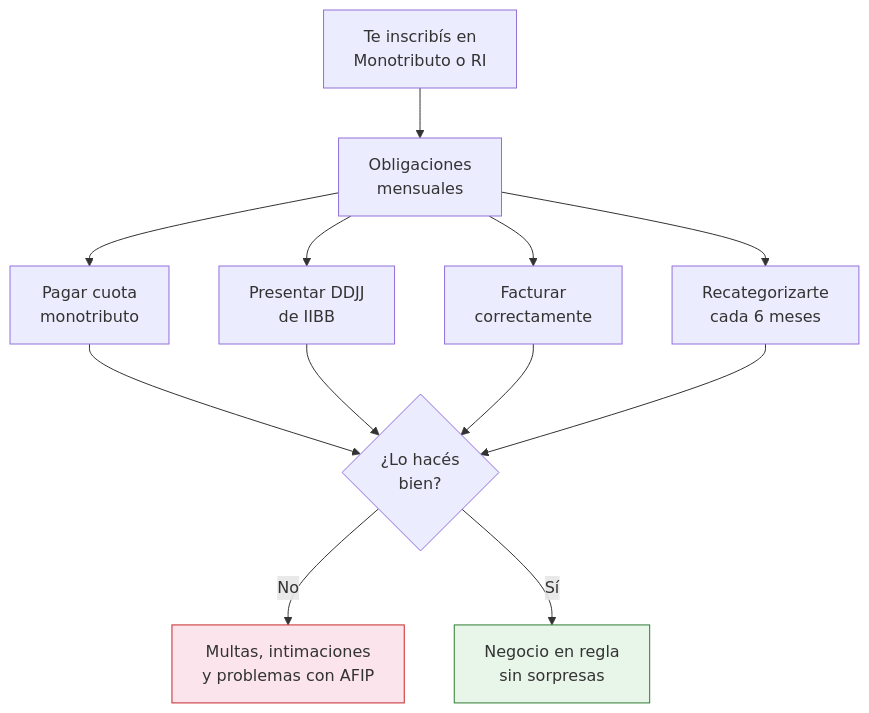
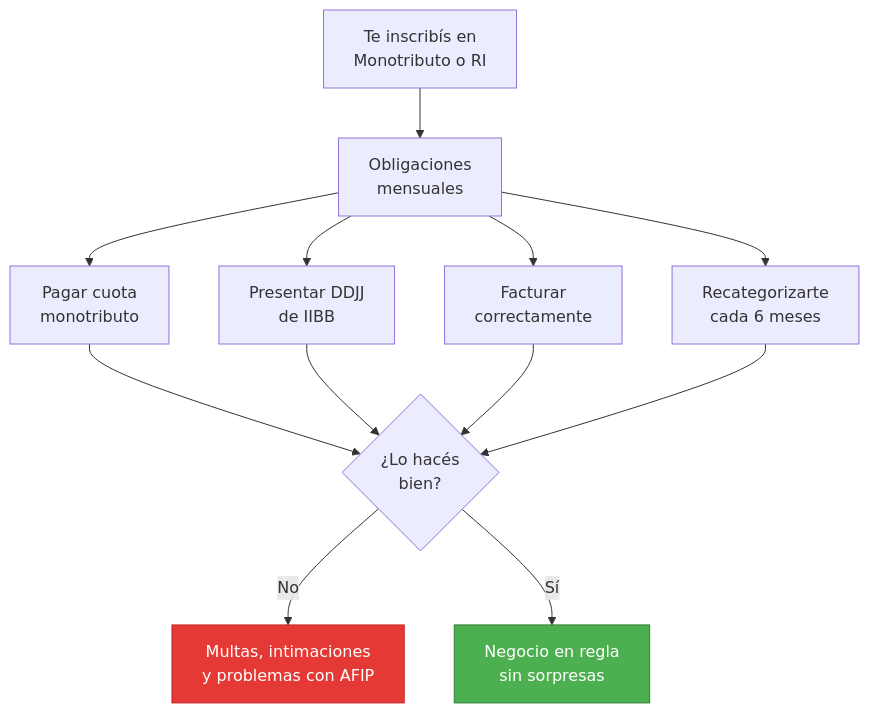
Before and after one commit to barrosignacioezequiel-coder/docs: the diagram in app/paso1-argentina/empezar-de-cero/contador-contabilidad.mdx, drawn with Mermaid. The commit also changed 66 other files, not shown here.

First line of the commit message:
fix: resolve Mermaid v11 numbered list errors + improve contrast

````diff
--- a/app/paso1-argentina/empezar-de-cero/contador-contabilidad.mdx
+++ b/app/paso1-argentina/empezar-de-cero/contador-contabilidad.mdx
@@ -15,19 +15,19 @@
 ```mermaid
 graph TD
     A["Te inscribís en<br/>Monotributo o RI"] --> B["Obligaciones<br/>mensuales"]
     B --> C["Pagar cuota<br/>monotributo"]
     B --> D["Presentar DDJJ<br/>de IIBB"]
     B --> E["Facturar<br/>correctamente"]
     B --> F["Recategorizarte<br/>cada 6 meses"]
 
     C --> G{"¿Lo hacés<br/>bien?"}
     D --> G
     E --> G
     F --> G
 
     G -->|No| H["Multas, intimaciones<br/>y problemas con AFIP"]
     G -->|Sí| I["Negocio en regla<br/>sin sorpresas"]
 
-    style H fill:#fce4ec,stroke:#c62828
-    style I fill:#e8f5e9,stroke:#2e7d32
+    style H fill:#e53935,stroke:#c62828,color:#fff
+    style I fill:#4caf50,stroke:#2e7d32,color:#fff
 ```
````
